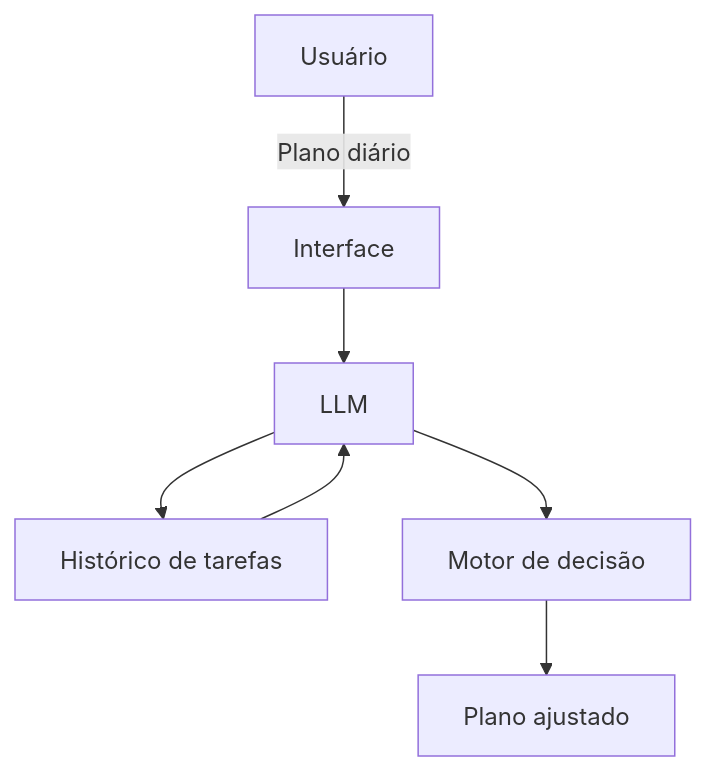
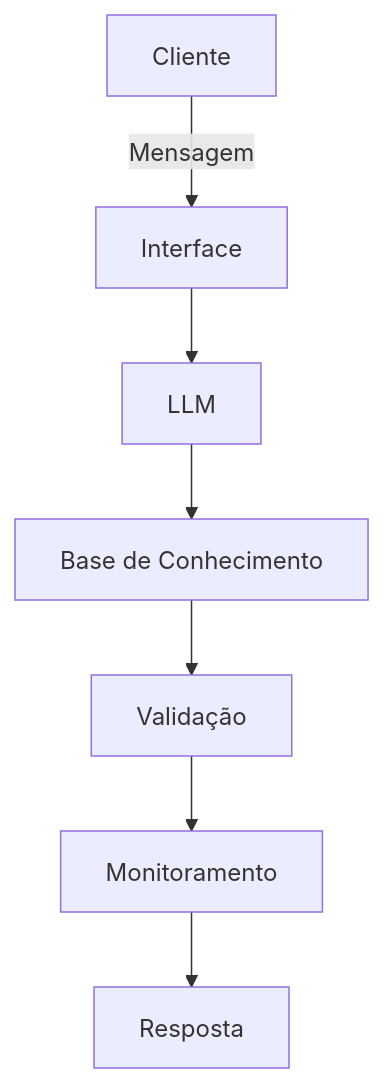
The diagram in docs/01-documentacao-agente.md (vittomeira/dio-lab-bia-do-futuro), drawn with Mermaid before and after one commit. The commit also changed other lines of this file, not shown here.

````diff
--- a/docs/01-documentacao-agente.md
+++ b/docs/01-documentacao-agente.md
@@ -54,9 +48,11 @@
 ```mermaid
 flowchart TD
-    A[Usuário] -->|Plano diário| B[Interface]
+    A[Cliente] -->|Mensagem| B[Interface]
     B --> C[LLM]
-    C --> D[Histórico de tarefas]
-    D --> C
-    C --> E[Motor de decisão]
-    E --> F[Plano ajustado]
+    C --> D[Base de Conhecimento]
+    D --> E[Validação]
+    E --> G[Monitoramento]
+    G --> F[Resposta]
+
+
 ```
````
